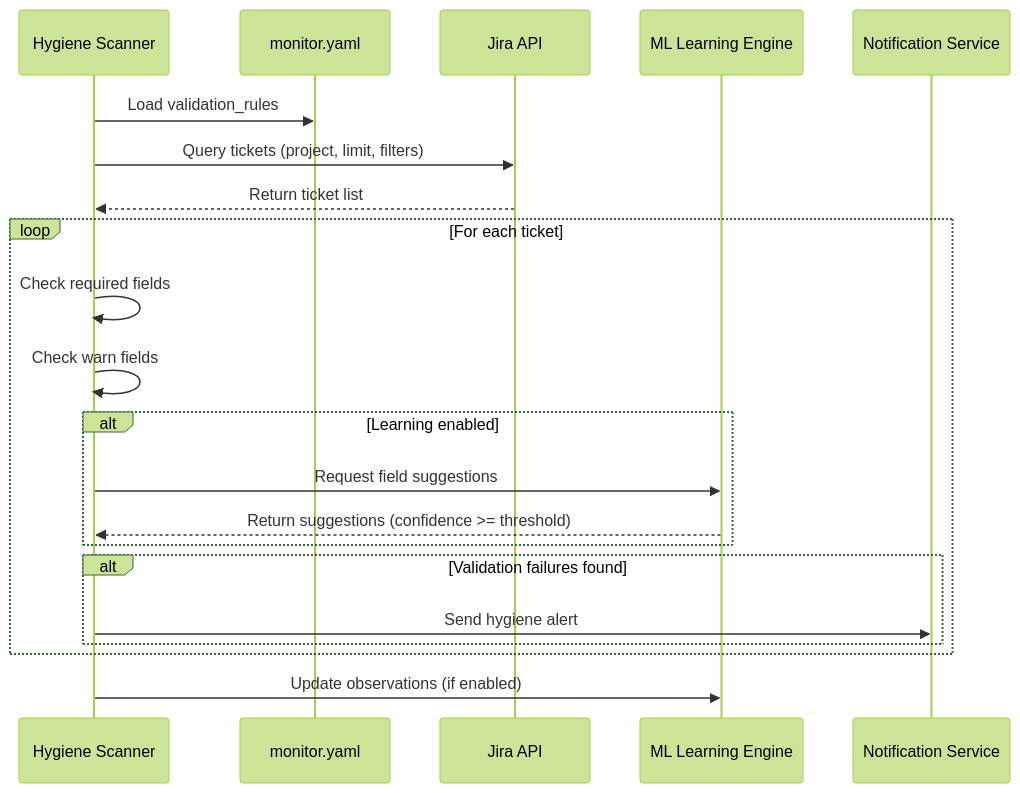
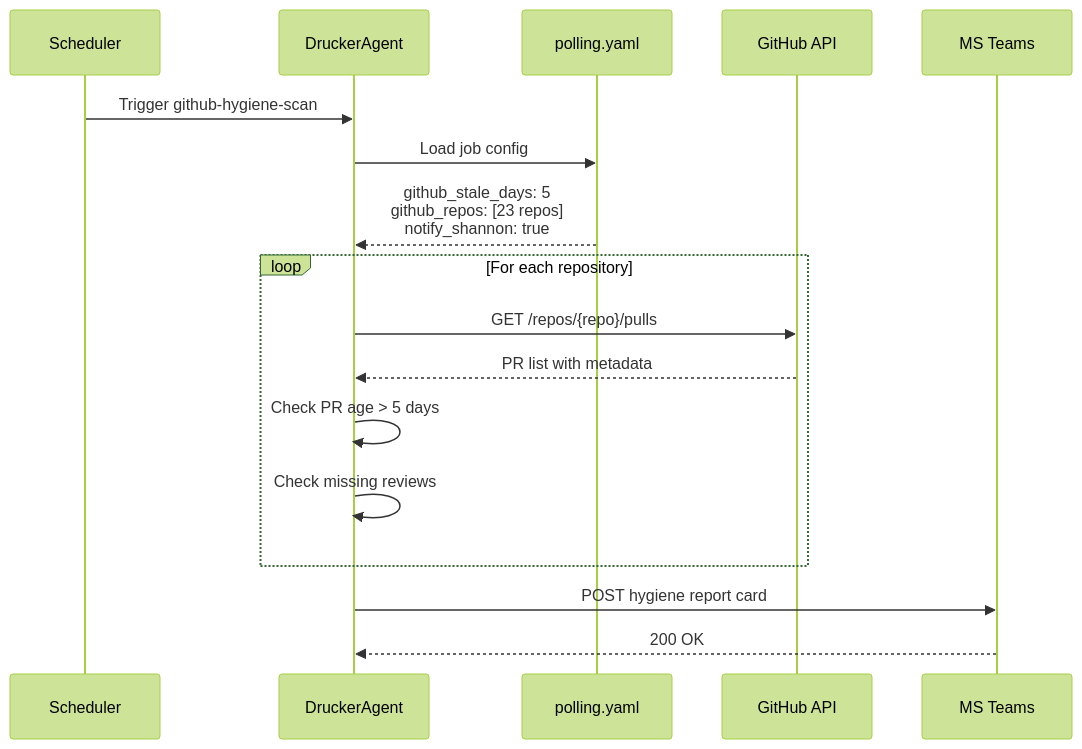
Before and after one commit to jmac-cornelis/agent-workforce: the second of 4 diagrams in agents/drucker/docs/config.md, drawn with Mermaid (forest theme). The commit also changed other lines of this file and 5 other files, not shown here.

````diff
--- a/agents/drucker/docs/config.md
+++ b/agents/drucker/docs/config.md
@@ -63,28 +64,22 @@
 ```mermaid
 sequenceDiagram
-    participant Scanner as Hygiene Scanner
-    participant Config as monitor.yaml
-    participant Jira as Jira API
-    participant Learner as ML Learning Engine
-    participant Notifier as Notification Service
+    participant Scheduler
+    participant DruckerAgent
+    participant Config as polling.yaml
+    participant GitHub as GitHub API
+    participant Teams as MS Teams
     
-    Scanner->>Config: Load validation_rules
-    Scanner->>Jira: Query tickets (project, limit, filters)
-    Jira-->>Scanner: Return ticket list
+    Scheduler->>DruckerAgent: Trigger github-hygiene-scan
+    DruckerAgent->>Config: Load job config
+    Config-->>DruckerAgent: github_stale_days: 5<br/>github_repos: [23 repos]<br/>notify_shannon: true
     
-    loop For each ticket
-        Scanner->>Scanner: Check required fields
-        Scanner->>Scanner: Check warn fields
-        
-        alt Learning enabled
-            Scanner->>Learner: Request field suggestions
-            Learner-->>Scanner: Return suggestions (confidence >= threshold)
-        end
-        
-        alt Validation failures found
-            Scanner->>Notifier: Send hygiene alert
-        end
+    loop For each repository
+        DruckerAgent->>GitHub: GET /repos/{repo}/pulls
+        GitHub-->>DruckerAgent: PR list with metadata
+        DruckerAgent->>DruckerAgent: Check PR age > 5 days
+        DruckerAgent->>DruckerAgent: Check missing reviews
     end
     
-    Scanner->>Learner: Update observations (if enabled)
+    DruckerAgent->>Teams: POST hygiene report card
+    Teams-->>DruckerAgent: 200 OK
 ```
````
